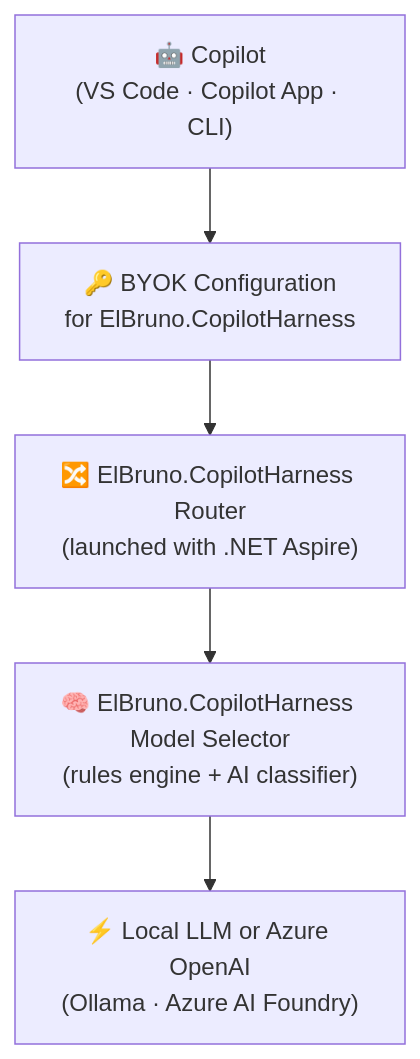
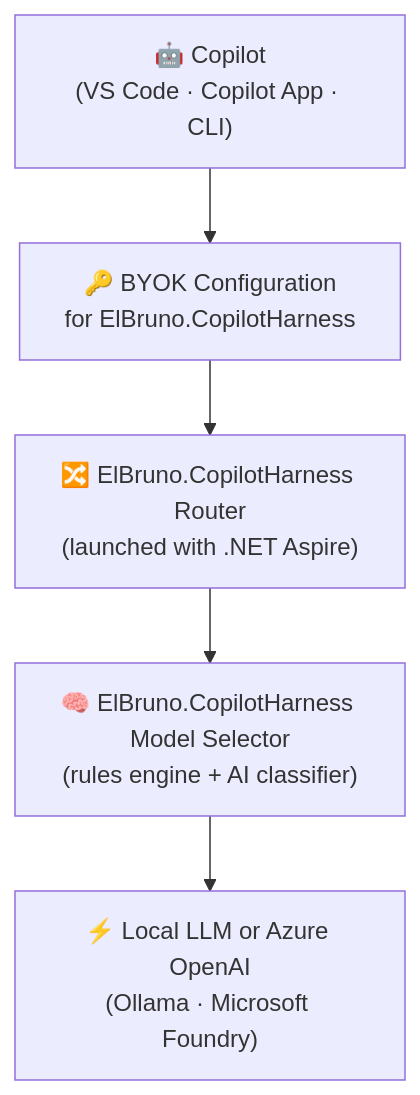
The diagram in README.md (elbruno/ElBruno.CopilotHarness), drawn with Mermaid before and after one commit. The commit also changed other lines of this file and 10 other files, not shown here.

First line of the commit message:
docs: rename "Azure AI Foundry" to "Microsoft Foundry"

````diff
--- a/README.md
+++ b/README.md
@@ -26,10 +26,10 @@
 ```mermaid
 flowchart TB
     A["🤖 Copilot\n(VS Code · Copilot App · CLI)"]
     B["🔑 BYOK Configuration\nfor ElBruno.CopilotHarness"]
     C["🔀 ElBruno.CopilotHarness Router\n(launched with .NET Aspire)"]
     D["🧠 ElBruno.CopilotHarness Model Selector\n(rules engine + AI classifier)"]
-    E["⚡ Local LLM or Azure OpenAI\n(Ollama · Azure AI Foundry)"]
+    E["⚡ Local LLM or Azure OpenAI\n(Ollama · Microsoft Foundry)"]
 
     A --> B --> C --> D --> E
 ```
````
